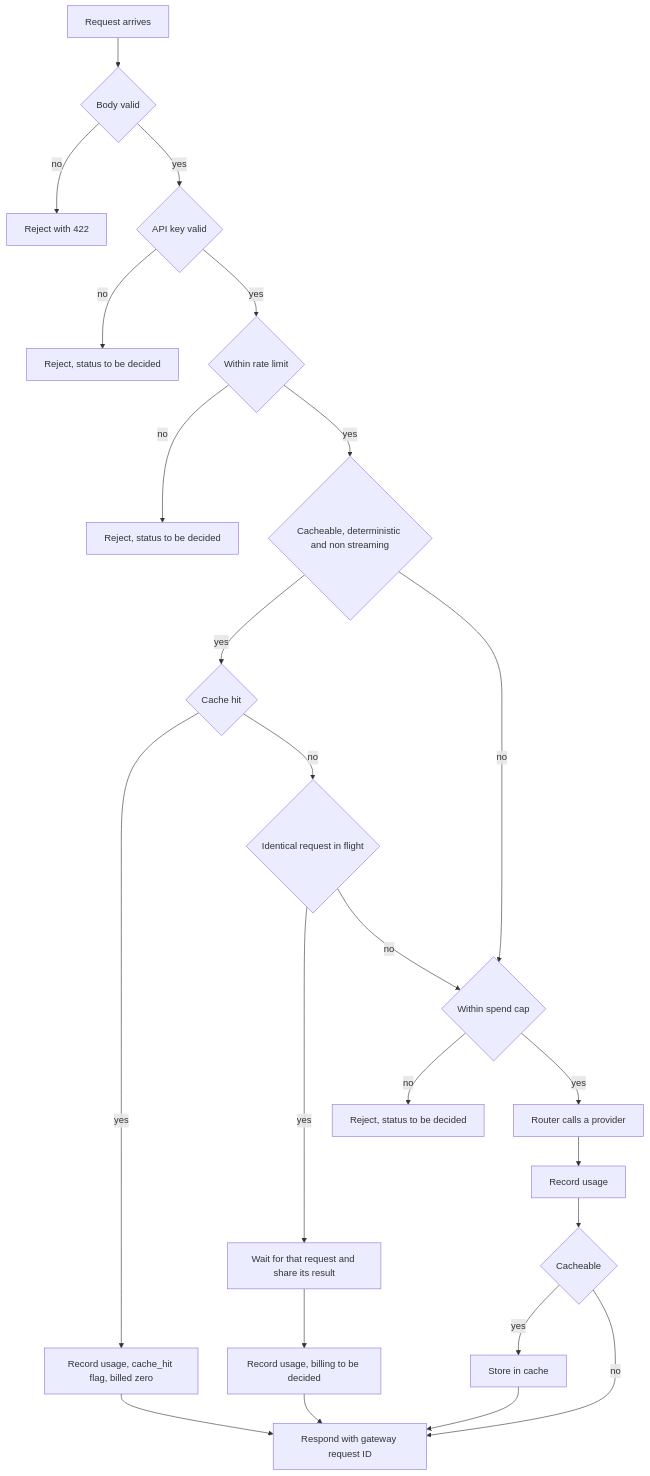
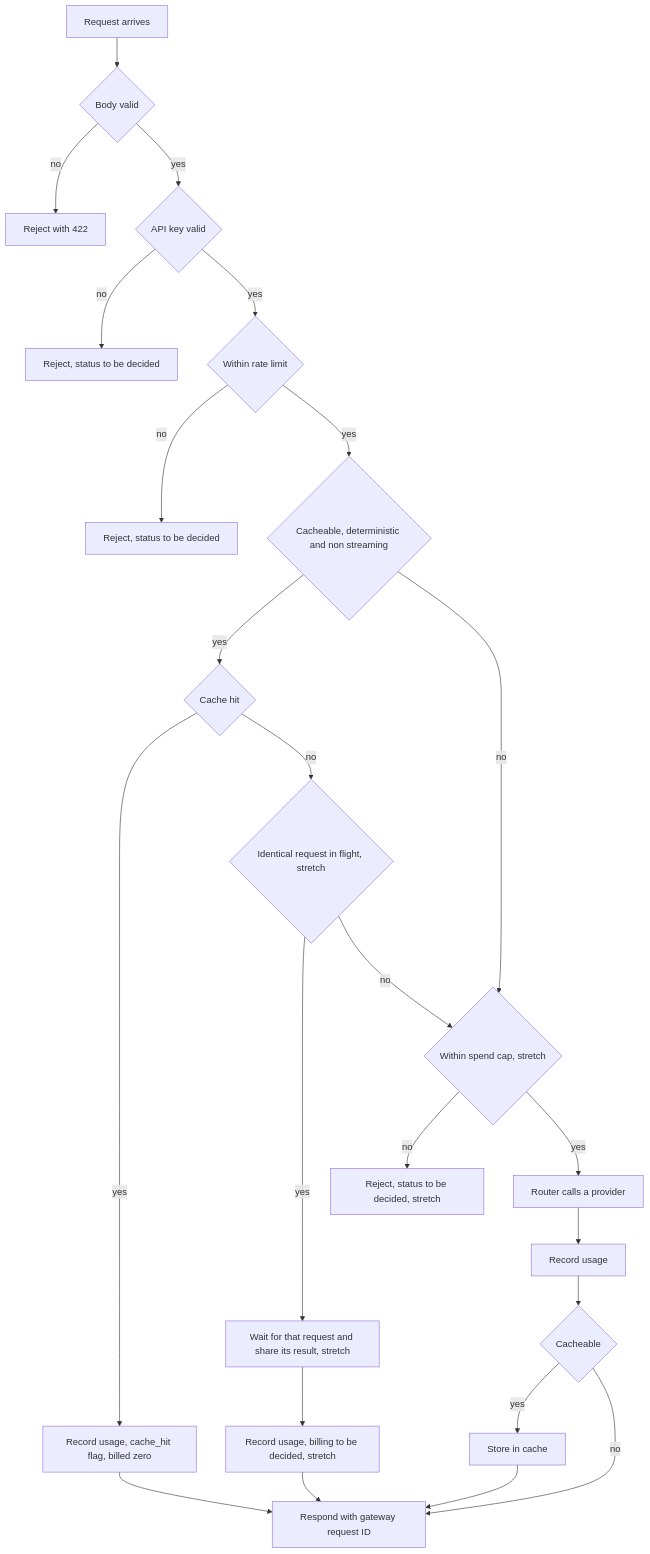
One commit to Jasmeet-011/LLMGateway changed the second of 5 diagrams in FLOW.md. Above: the diagram before and after it, drawn with Mermaid. The commit also changed other lines of this file and 13 other files, not shown here.

````diff
--- a/FLOW.md
+++ b/FLOW.md
@@ -63,26 +63,26 @@
 ```mermaid
 flowchart TD
     A[Request arrives] --> B{Body valid}
     B -->|no| R1[Reject with 422]
     B -->|yes| C{API key valid}
     C -->|no| R2[Reject, status to be decided]
     C -->|yes| D{Within rate limit}
     D -->|no| R3[Reject, status to be decided]
     D -->|yes| K{Cacheable, deterministic and non streaming}
     K -->|yes| E{Cache hit}
     E -->|yes| H[Record usage, cache_hit flag, billed zero]
-    E -->|no| F{Identical request in flight}
-    F -->|yes| W[Wait for that request and share its result]
-    W --> WU[Record usage, billing to be decided]
-    F -->|no| G{Within spend cap}
+    E -->|no| F{Identical request in flight, stretch}
+    F -->|yes| W[Wait for that request and share its result, stretch]
+    W --> WU[Record usage, billing to be decided, stretch]
+    F -->|no| G{Within spend cap, stretch}
     K -->|no| G
-    G -->|no| R4[Reject, status to be decided]
+    G -->|no| R4[Reject, status to be decided, stretch]
     G -->|yes| RT[Router calls a provider]
     RT --> U[Record usage]
     U --> S{Cacheable}
     S -->|yes| SC[Store in cache]
     S -->|no| OUT[Respond with gateway request ID]
     SC --> OUT
     H --> OUT
     WU --> OUT
 ```
````
